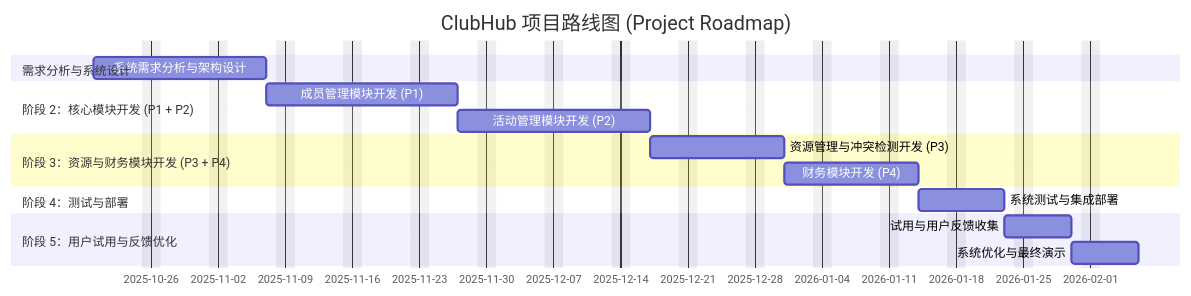
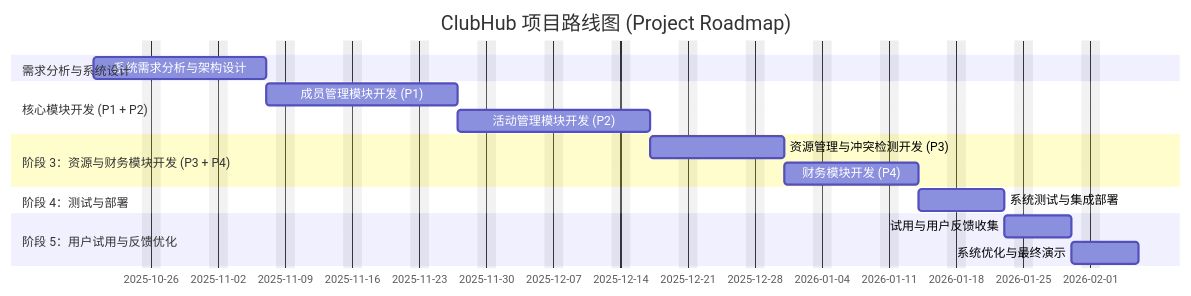
One commit to Herriany/iodraw-files changed the diagram in all/未命名.md. Above: the diagram before and after it, drawn with Mermaid.

Commit message:
2025-11-02 18:28:04 update

````diff
--- a/all/未命名.md
+++ b/all/未命名.md
@@ -1,26 +1,26 @@
 ```mermaid
 %%{init: {'themeVariables': { 'fontSize': '10px' }}}%%
 gantt
     title ClubHub 项目路线图 (Project Roadmap)
     dateFormat  YYYY-MM-DD
     excludes weekends
 
     section 需求分析与系统设计
     系统需求分析与架构设计       :a1, 2025-10-20, 14d
 
-    section 阶段 2：核心模块开发 (P1 + P2)
+    section 核心模块开发 (P1 + P2)
     成员管理模块开发 (P1)        :a2, after a1, 14d
     活动管理模块开发 (P2)        :a3, after a2, 14d
 
     section 阶段 3：资源与财务模块开发 (P3 + P4)
     资源管理与冲突检测开发 (P3)  :a4, after a3, 10d
     财务模块开发 (P4)            :a5, after a4, 10d
 
     section 阶段 4：测试与部署
     系统测试与集成部署           :a6, after a5, 7d
 
     section 阶段 5：用户试用与反馈优化
     试用与用户反馈收集           :a7, after a6, 5d
     系统优化与最终演示           :a8, after a7, 5d
 
 ```
````
